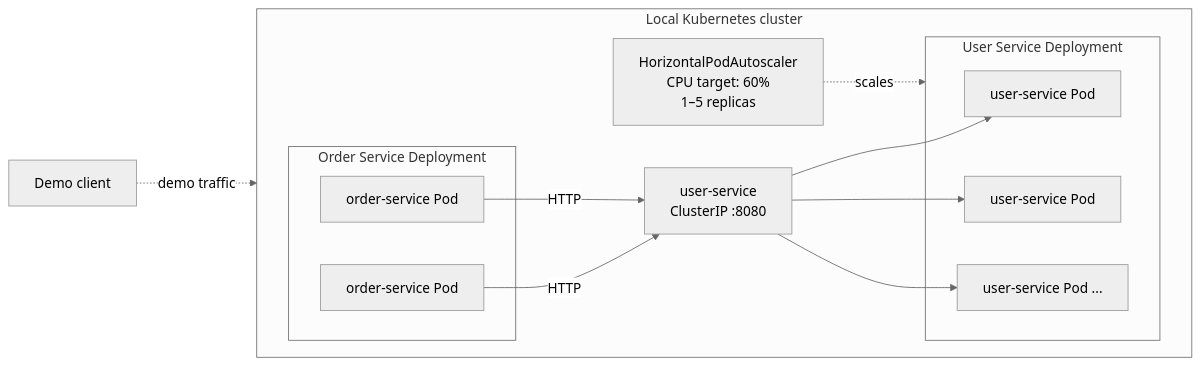
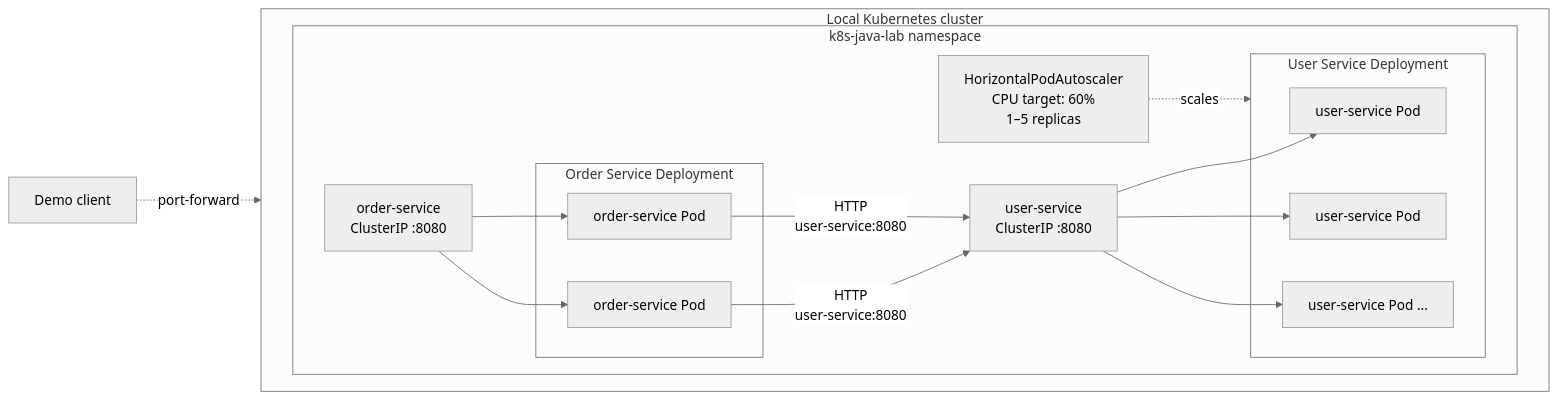
One commit to abdoulc/k8s-java-lab changed the diagram in docs/architecture/README.md. Above: the diagram before and after it, drawn with Mermaid (neutral theme). The commit also changed other lines of this file and 2 other files, not shown here.

````diff
--- a/docs/architecture/README.md
+++ b/docs/architecture/README.md
@@ -7,32 +7,38 @@
 ```mermaid
 flowchart LR
     Client[Demo client]
 
     subgraph Cluster[Local Kubernetes cluster]
         direction LR
 
+        subgraph Namespace[k8s-java-lab namespace]
+
         subgraph Orders[Order Service Deployment]
             O1[order-service Pod]
             O2[order-service Pod]
         end
 
+        OSVC[order-service<br/>ClusterIP :8080]
         USVC[user-service<br/>ClusterIP :8080]
 
         subgraph Users[User Service Deployment]
             U1[user-service Pod]
             U2[user-service Pod]
             UN[user-service Pod ...]
         end
 
         HPA[HorizontalPodAutoscaler<br/>CPU target: 60%<br/>1–5 replicas]
 
-        O1 -->|HTTP| USVC
-        O2 -->|HTTP| USVC
+        OSVC --> O1
+        OSVC --> O2
+        O1 -->|HTTP<br/>user-service:8080| USVC
+        O2 -->|HTTP<br/>user-service:8080| USVC
         USVC --> U1
         USVC --> U2
         USVC --> UN
         HPA -. scales .-> Users
+        end
     end
 
-    Client -. demo traffic .-> USVC
+    Client -. port-forward .-> OSVC
 ```
````
